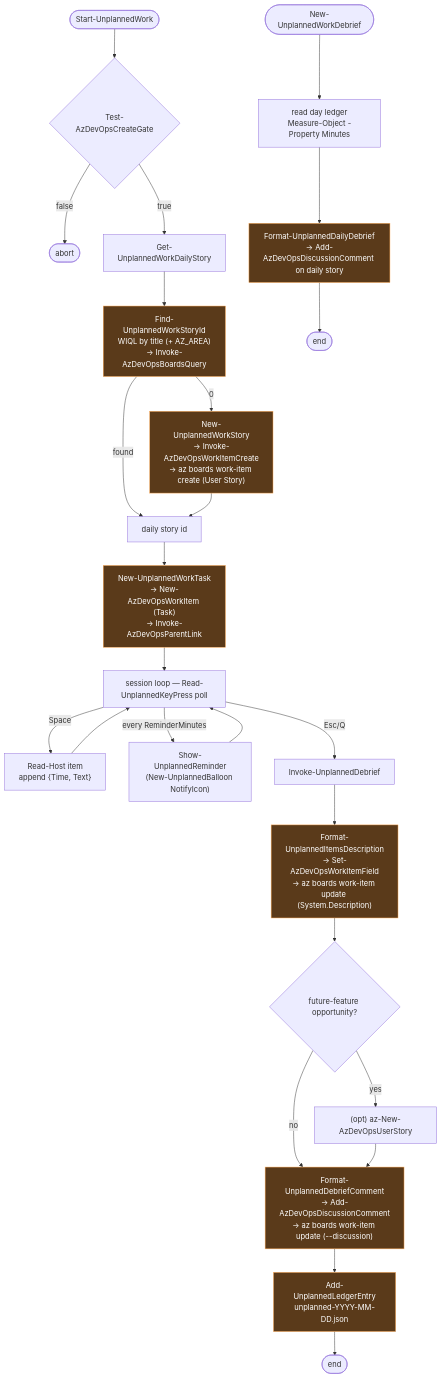
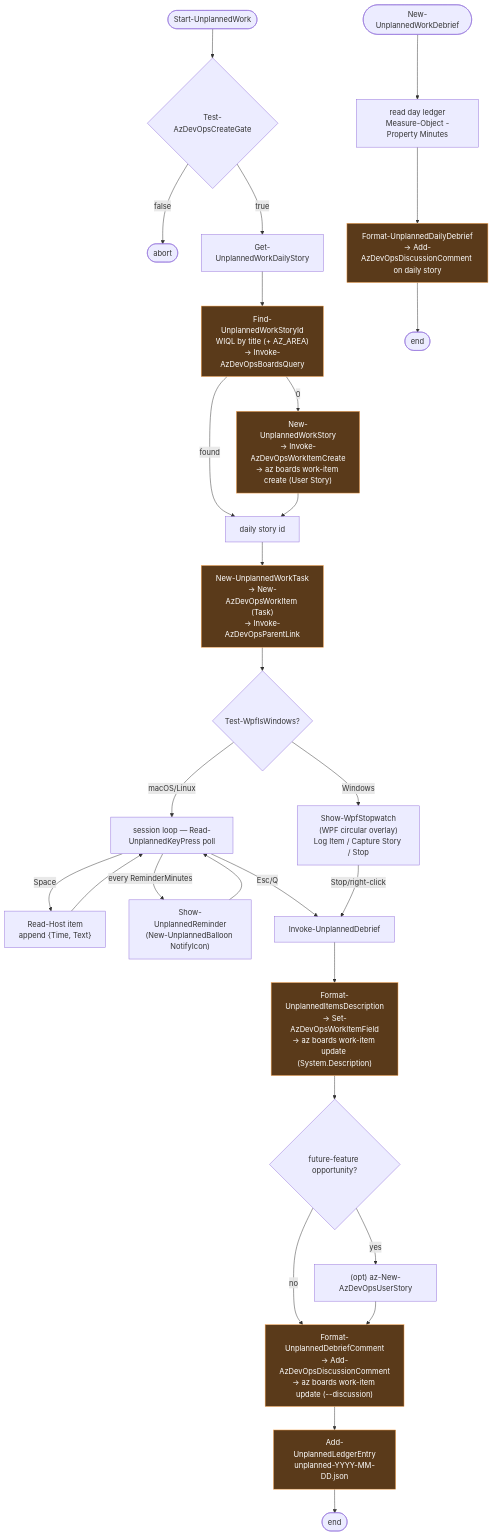
Before and after one commit to jdschleicher/bashcuts: diagram 12 of 13 in docs/azure-devops-diagrams.md, drawn with Mermaid. The commit also changed other lines of this file, not shown here.

Commit message:
Update AzDO diagrams: add WPF stopwatch platform fork and node (Diagram 11 + 12)
Diagram 11 (Start-UnplannedWork flow): add Test-WpfIsWindows? platform
decision node after Task creation; route Windows path to Show-WpfStopwatch
overlay and macOS/Linux path to the existing Read-UnplannedKeyPress console
loop; connect WpfStopwatch to Debrief.

Diagram 12 (dependency map): add Show-WpfStopwatch:::priv node in the
Unplanned work sessions cluster and an edge StartUW --> WpfStopwatch.

````diff
--- a/docs/azure-devops-diagrams.md
+++ b/docs/azure-devops-diagrams.md
@@ -592,36 +592,39 @@
 ```mermaid
 flowchart TD
     Start([Start-UnplannedWork]) --> Gate{Test-AzDevOpsCreateGate}
     Gate -- false --> Abort1([abort])
     Gate -- true --> Daily[Get-UnplannedWorkDailyStory]
 
     Daily --> Find["Find-UnplannedWorkStoryId<br/>WIQL by title (+ AZ_AREA)<br/>→ Invoke-AzDevOpsBoardsQuery"]
     Find -- found --> HaveStory[daily story id]
     Find -- 0 --> NewStory["New-UnplannedWorkStory<br/>→ Invoke-AzDevOpsWorkItemCreate<br/>→ az boards work-item create (User Story)"]
     NewStory --> HaveStory
 
     HaveStory --> Task["New-UnplannedWorkTask<br/>→ New-AzDevOpsWorkItem (Task)<br/>→ Invoke-AzDevOpsParentLink"]
-    Task --> Loop[session loop — Read-UnplannedKeyPress poll]
+    Task --> PlatCheck{Test-WpfIsWindows?}
+    PlatCheck -- Windows --> WpfLoop["Show-WpfStopwatch<br/>(WPF circular overlay)<br/>Log Item / Capture Story / Stop"]
+    PlatCheck -- macOS/Linux --> Loop[session loop — Read-UnplannedKeyPress poll]
 
     Loop -- Space --> LogItem["Read-Host item<br/>append {Time, Text}"]
     LogItem --> Loop
     Loop -- every ReminderMinutes --> Balloon["Show-UnplannedReminder<br/>(New-UnplannedBalloon NotifyIcon)"]
     Balloon --> Loop
     Loop -- Esc/Q --> Debrief[Invoke-UnplannedDebrief]
+    WpfLoop -- Stop/right-click --> Debrief
 
     Debrief --> FlushDesc["Format-UnplannedItemsDescription<br/>→ Set-AzDevOpsWorkItemField<br/>→ az boards work-item update (System.Description)"]
     FlushDesc --> AskFuture{future-feature opportunity?}
     AskFuture -- yes --> MaybeStory["(opt) az-New-AzDevOpsUserStory"]
     AskFuture -- no --> PostComment
     MaybeStory --> PostComment
     PostComment["Format-UnplannedDebriefComment<br/>→ Add-AzDevOpsDiscussionComment<br/>→ az boards work-item update (--discussion)"]
     PostComment --> Ledger["Add-UnplannedLedgerEntry<br/>unplanned-YYYY-MM-DD.json"]
     Ledger --> Done([end])
 
     DebriefDay([New-UnplannedWorkDebrief]) --> ReadLedger["read day ledger<br/>Measure-Object -Property Minutes"]
     ReadLedger --> Rollup["Format-UnplannedDailyDebrief<br/>→ Add-AzDevOpsDiscussionComment on daily story"]
     Rollup --> Done2([end])
 
     classDef io fill:#5a3a1a,stroke:#ffaa55,color:#fff
     class Find,NewStory,Task,FlushDesc,PostComment,Ledger,Rollup io
 ```
````
